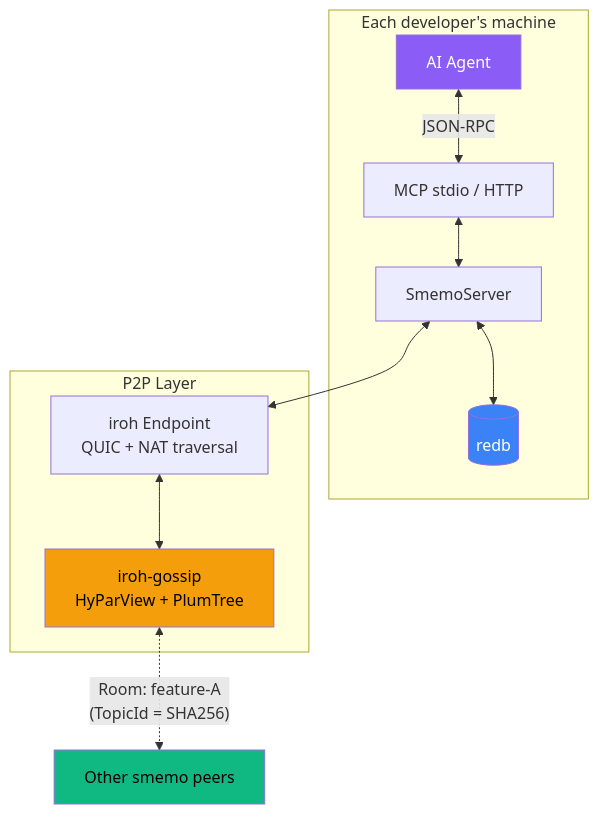
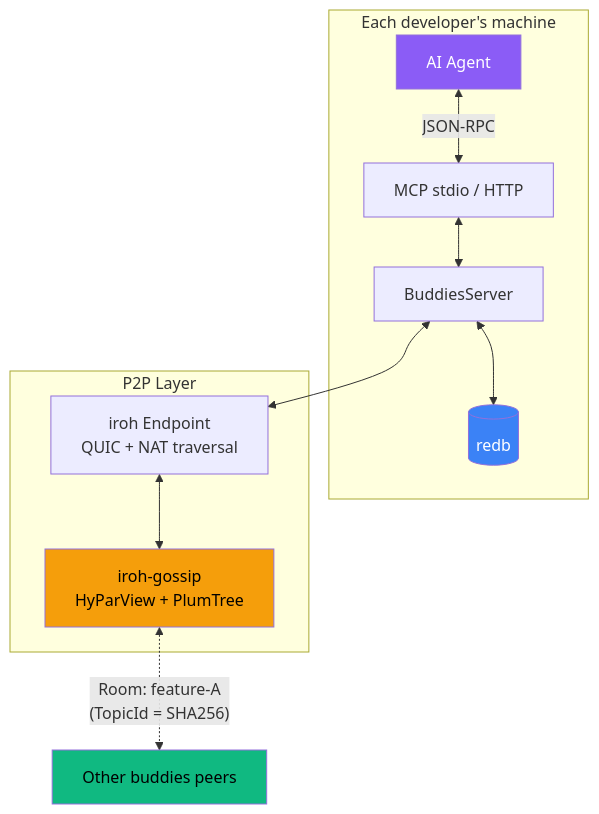
Before and after one commit to iltumio/buddies: the fifth of 5 diagrams in README.md, drawn with Mermaid. The commit also changed other lines of this file and 11 other files, not shown here.

First line of the commit message:
chore: rename project from smemo to buddies

````diff
--- a/README.md
+++ b/README.md
@@ -309,28 +309,28 @@
 ```mermaid
 graph TB
     subgraph "Each developer's machine"
         Agent[AI Agent]
         MCP[MCP stdio / HTTP]
-        Server[SmemoServer]
+        Server[BuddiesServer]
         Storage[(redb)]
 
         Agent <-->|JSON-RPC| MCP
         MCP <--> Server
         Server <--> Storage
     end
 
     subgraph "P2P Layer"
         Iroh[iroh Endpoint<br/>QUIC + NAT traversal]
         Gossip[iroh-gossip<br/>HyParView + PlumTree]
     end
 
     Server <--> Iroh
     Iroh <--> Gossip
 
-    Gossip <-.->|"Room: feature-A<br/>(TopicId = SHA256)"| OtherPeers[Other smemo peers]
+    Gossip <-.->|"Room: feature-A<br/>(TopicId = SHA256)"| OtherPeers[Other buddies peers]
 
     style Agent fill:#8b5cf6,color:#fff
     style Gossip fill:#f59e0b,color:#000
     style Storage fill:#3b82f6,color:#fff
     style OtherPeers fill:#10b981,color:#000
 ```
````
